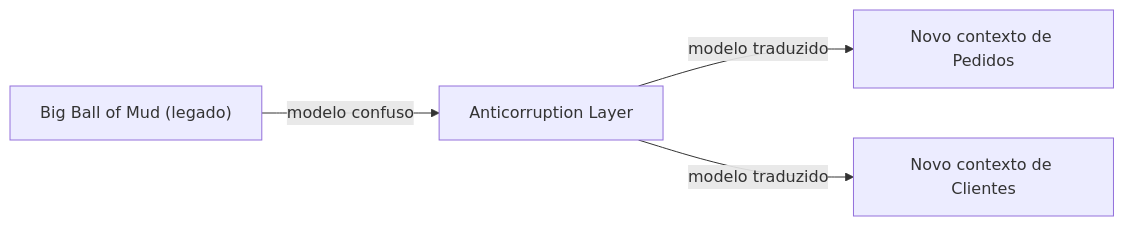
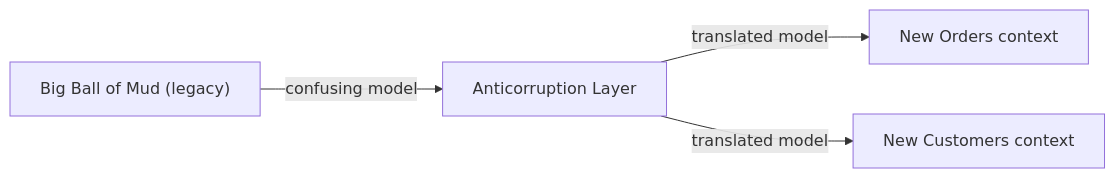
Before and after one commit to alancesar/design-patterns: the diagram in docs/application/ddd/context-mapping/big-ball-of-mud.md, drawn with Mermaid. The commit also changed 258 other files, not shown here.

First line of the commit message:
Translate Mermaid diagrams to English

````diff
--- a/docs/application/ddd/context-mapping/big-ball-of-mud.md
+++ b/docs/application/ddd/context-mapping/big-ball-of-mud.md
@@ -55,6 +55,6 @@
 ```mermaid
 flowchart LR
-    BBM["Big Ball of Mud (legado)"] -->|"modelo confuso"| ACL["Anticorruption Layer"]
-    ACL -->|"modelo traduzido"| N1["Novo contexto de Pedidos"]
-    ACL -->|"modelo traduzido"| N2["Novo contexto de Clientes"]
+    BBM["Big Ball of Mud (legacy)"] -->|"confusing model"| ACL["Anticorruption Layer"]
+    ACL -->|"translated model"| N1["New Orders context"]
+    ACL -->|"translated model"| N2["New Customers context"]
 ```
````
